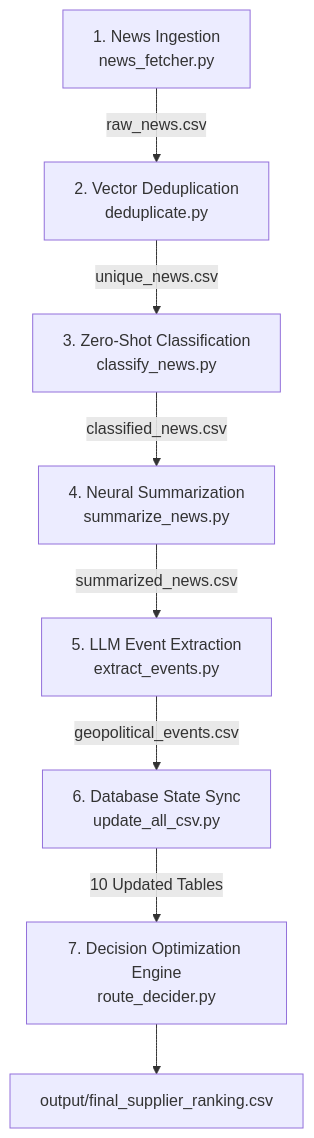
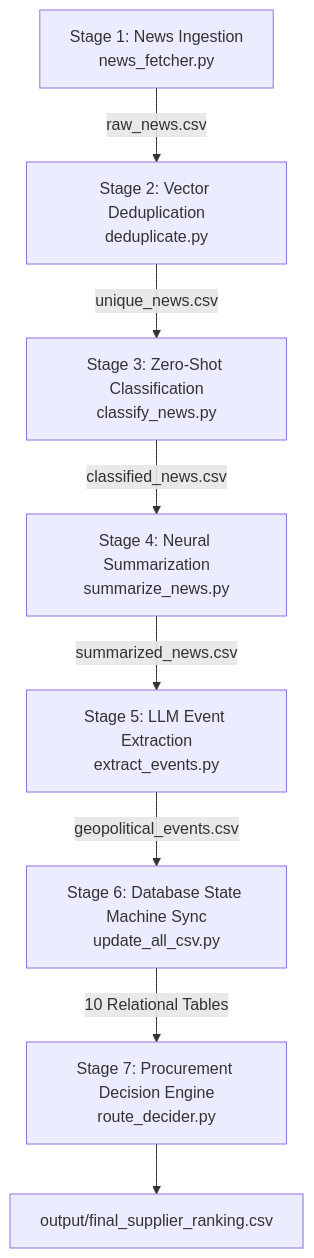
The second of 2 diagrams in README.md (kajaredhruv433/AI-Driven-Energy-Supply-Chain-Resilience), drawn with Mermaid before and after one commit. The commit also changed other lines of this file and 1 other file, not shown here.

Commit message:
docs: comprehensive documentation update for README and ARCHITECTURE

````diff
--- a/README.md
+++ b/README.md
@@ -74,10 +47,17 @@
 ```mermaid
 flowchart TD
-    S1[1. News Ingestion\nnews_fetcher.py] -->|raw_news.csv| S2[2. Vector Deduplication\ndeduplicate.py]
-    S2 -->|unique_news.csv| S3[3. Zero-Shot Classification\nclassify_news.py]
-    S3 -->|classified_news.csv| S4[4. Neural Summarization\nsummarize_news.py]
-    S4 -->|summarized_news.csv| S5[5. LLM Event Extraction\nextract_events.py]
-    S5 -->|geopolitical_events.csv| S6[6. Database State Sync\nupdate_all_csv.py]
-    S6 -->|10 Updated Tables| S7[7. Decision Optimization Engine\nroute_decider.py]
+    S1[Stage 1: News Ingestion
+news_fetcher.py] -->|raw_news.csv| S2[Stage 2: Vector Deduplication
+deduplicate.py]
+    S2 -->|unique_news.csv| S3[Stage 3: Zero-Shot Classification
+classify_news.py]
+    S3 -->|classified_news.csv| S4[Stage 4: Neural Summarization
+summarize_news.py]
+    S4 -->|summarized_news.csv| S5[Stage 5: LLM Event Extraction
+extract_events.py]
+    S5 -->|geopolitical_events.csv| S6[Stage 6: Database State Machine Sync
+update_all_csv.py]
+    S6 -->|10 Relational Tables| S7[Stage 7: Procurement Decision Engine
+route_decider.py]
     S7 --> OUT[output/final_supplier_ranking.csv]
 ```
````
